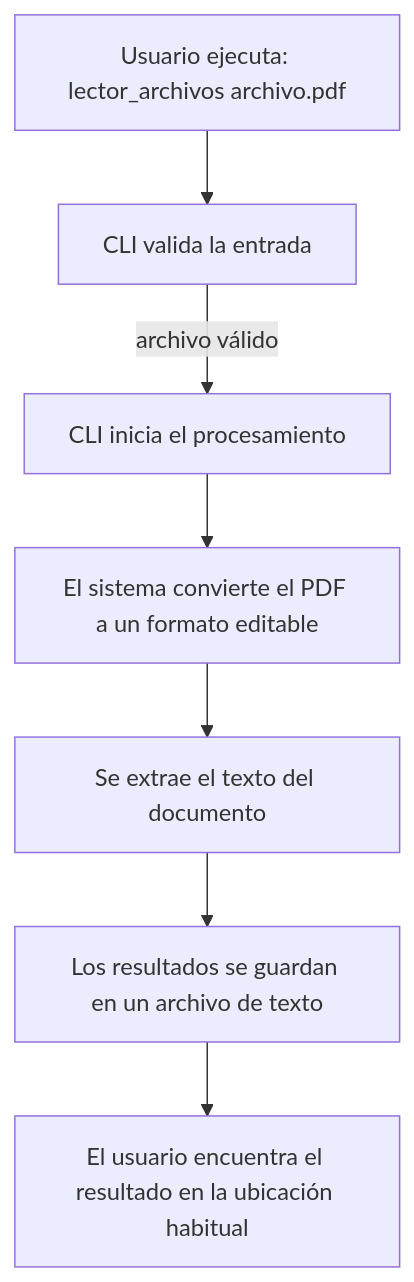
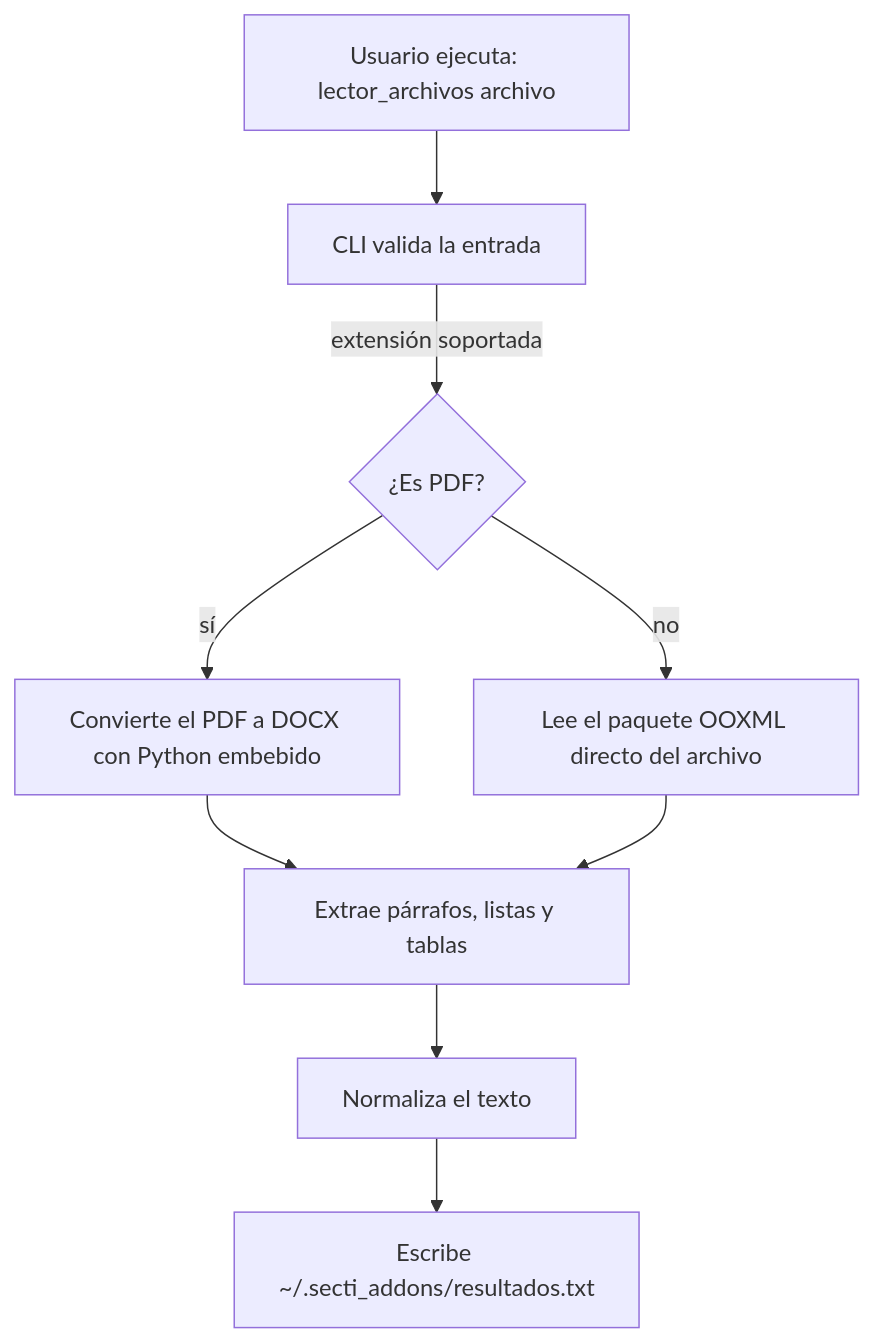
The diagram in README.md (garciaedahi382-boop/lector_archivos), drawn with Mermaid before and after one commit. The commit also changed other lines of this file, not shown here.

````diff
--- a/README.md
+++ b/README.md
@@ -28,9 +76,11 @@
 ```mermaid
 flowchart TD
-    A[Usuario ejecuta: lector_archivos archivo.pdf] --> B[CLI valida la entrada]
-    B -->|archivo válido| C[CLI inicia el procesamiento]
-    C --> D[El sistema convierte el PDF a un formato editable]
-    D --> E[Se extrae el texto del documento]
-    E --> F[Los resultados se guardan en un archivo de texto]
-    F --> G[El usuario encuentra el resultado en la ubicación habitual]
+    A[Usuario ejecuta: lector_archivos archivo] --> B[CLI valida la entrada]
+    B -->|extensión soportada| C{¿Es PDF?}
+    C -->|sí| D[Convierte el PDF a DOCX con Python embebido]
+    C -->|no| E[Lee el paquete OOXML directo del archivo]
+    D --> F[Extrae párrafos, listas y tablas]
+    E --> F
+    F --> G[Normaliza el texto]
+    G --> H[Escribe ~/.secti_addons/resultados.txt]
 ```
````
